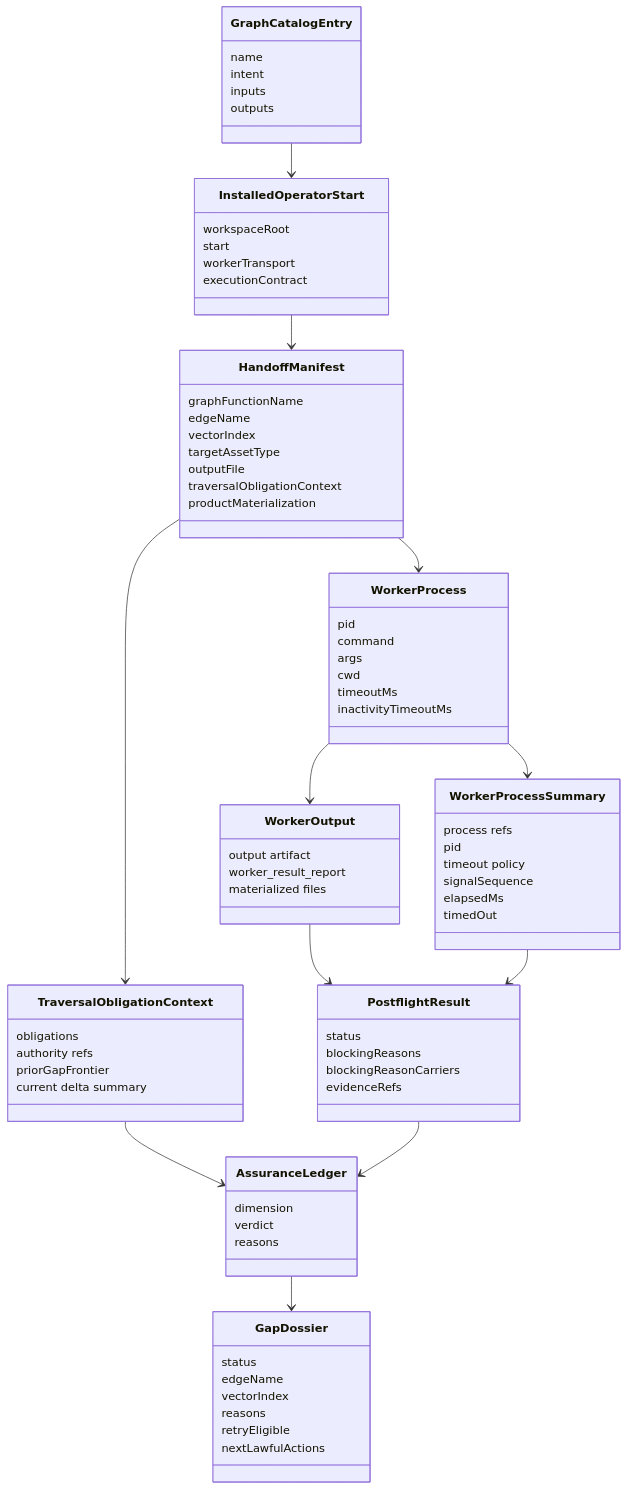
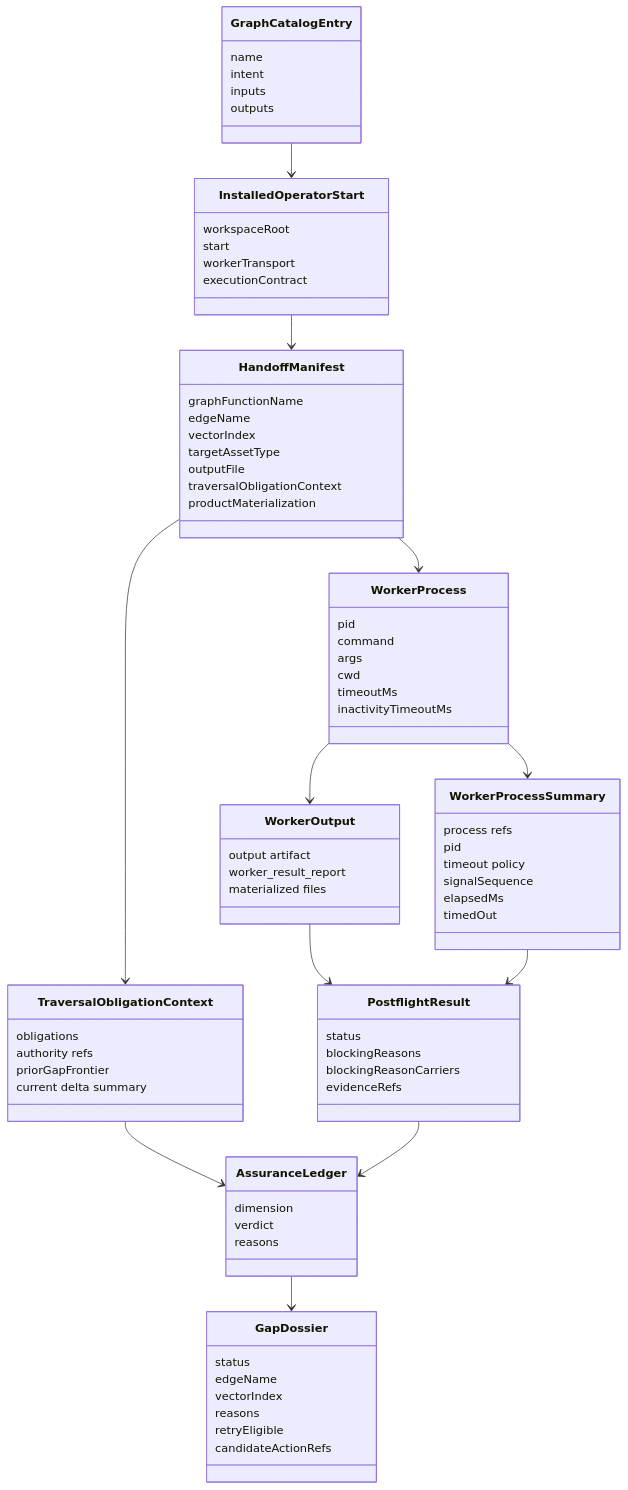
One commit to foolishimp/odd_sdlc changed the third of 6 diagrams in build_tenants/typescript/design/ODD_SDLC_TYPESCRIPT_TRAVERSAL_LEDGER_SOLUTION.md. Above: the diagram before and after it, drawn with Mermaid. The commit also changed other lines of this file and 27 other files, not shown here.

```diff
--- a/build_tenants/typescript/design/ODD_SDLC_TYPESCRIPT_TRAVERSAL_LEDGER_SOLUTION.md
+++ b/build_tenants/typescript/design/ODD_SDLC_TYPESCRIPT_TRAVERSAL_LEDGER_SOLUTION.md
@@ -366,7 +424,7 @@
     vectorIndex
     reasons
     retryEligible
-    nextLawfulActions
+    candidateActionRefs
   }
 
   class WorkerProcessSummary {
```
